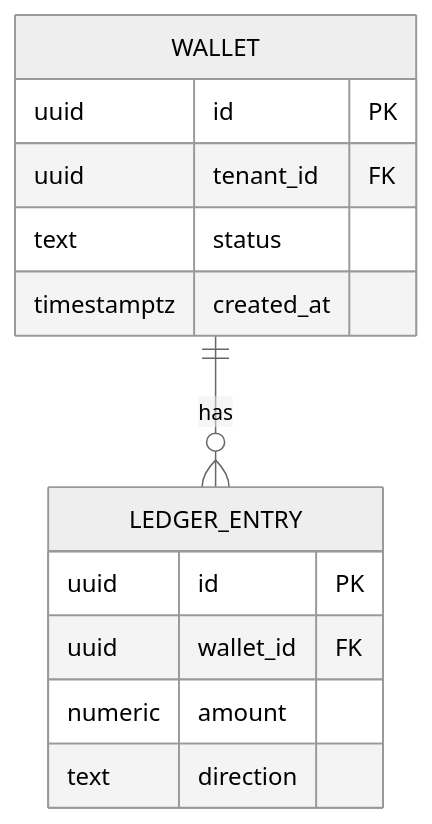
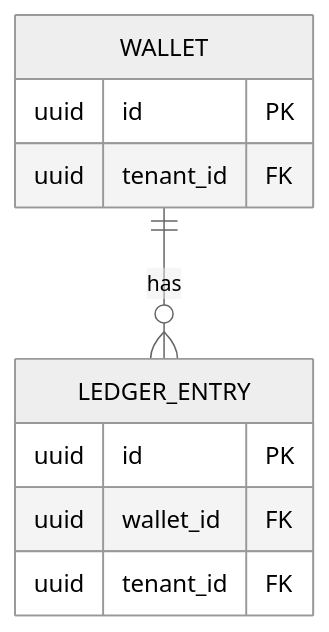
One commit to mhshahin01/builders-skills changed the third of 4 diagrams in lld-unifier/mermaid-diagrams.md. Above: the diagram before and after it, drawn with Mermaid (neutral theme). The commit also changed other lines of this file and 31 other files, not shown here.

````diff
--- a/lld-unifier/mermaid-diagrams.md
+++ b/lld-unifier/mermaid-diagrams.md
@@ -129,16 +130,13 @@
 ```mermaid
 erDiagram
   WALLET ||--o{ LEDGER_ENTRY : has
   WALLET {
     uuid id PK
     uuid tenant_id FK
-    text status
-    timestamptz created_at
   }
   LEDGER_ENTRY {
     uuid id PK
     uuid wallet_id FK
-    numeric amount
-    text direction
+    uuid tenant_id FK
   }
 ```
````
